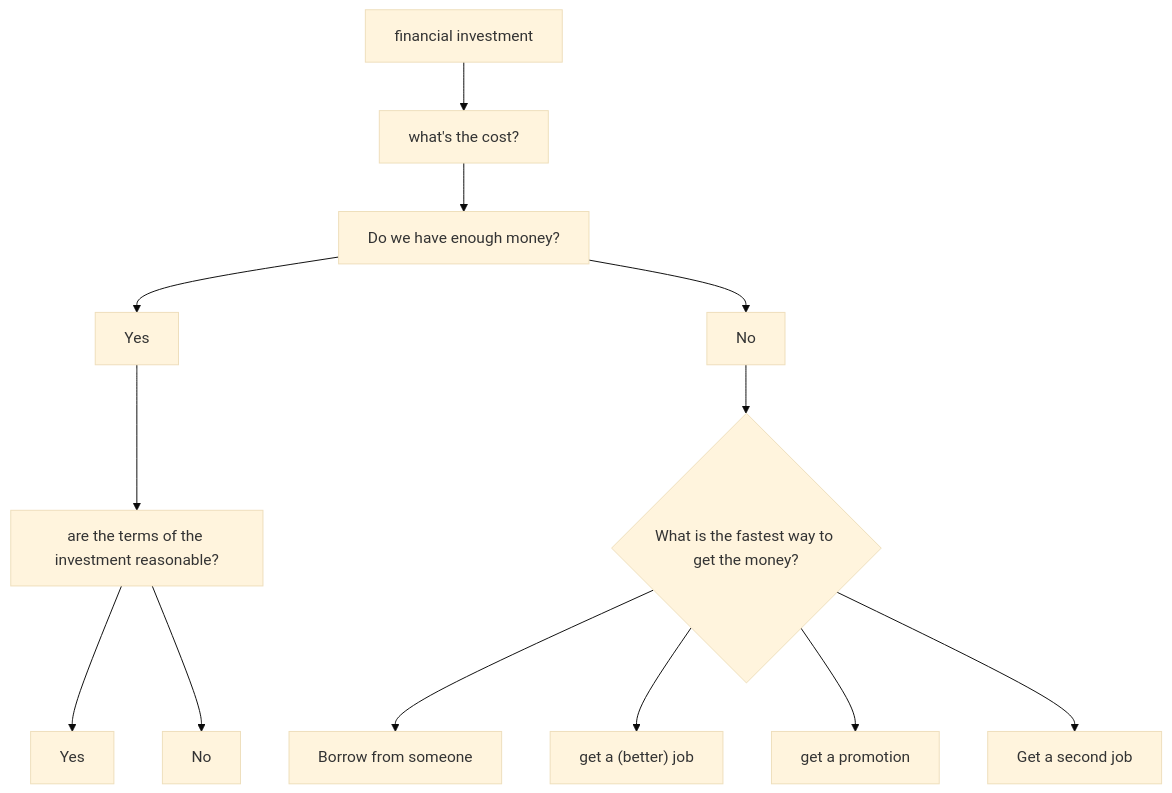
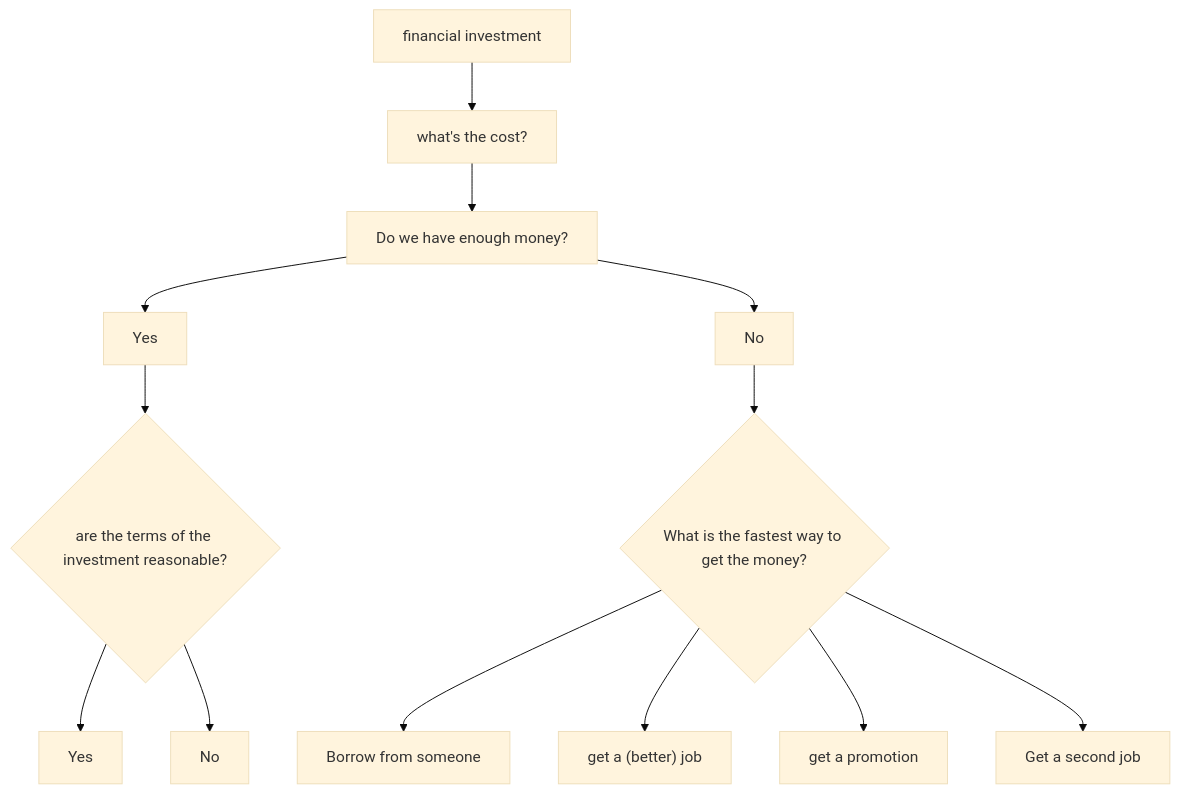
The diagram in diagrams/financial-investments.mmd (matkatmusic/relationship-mermaid), drawn with Mermaid (base theme) before and after one commit. The commit also changed 3 other files, not shown here.

```diff
--- a/diagrams/financial-investments.mmd
+++ b/diagrams/financial-investments.mmd
@@ -1,28 +1,28 @@
 flowchart TD
-  A[financial investment]
-  B[what's the cost?]
-  C[Do we have enough money?]
-  C_Y[Yes]
-  C_N[No]
-  NEED_MONEY_ROUTE{What is the fastest way to get the money?}
-E_BORROW[Borrow from someone]
-E_NEW_JOB["get a (better) job"]
-E_SECOND_JOB[Get a second job]
-E_JOB_PROMOTION[get a promotion]
-  ARE_TERMS_REASONABLE[are the terms of the investment reasonable?]
+  B_A[financial investment]
+  B_B[what's the cost?]
+  B_C[Do we have enough money?]
+  Q_CHOICE_C_Y[Yes]
+  Q_CHOICE_C_N[No]
+  Q_NEED_MONEY_ROUTE{What is the fastest way to get the money?}
+B_E_BORROW[Borrow from someone]
+B_E_NEW_JOB["get a (better) job"]
+B_E_SECOND_JOB[Get a second job]
+B_E_JOB_PROMOTION[get a promotion]
+  Q_ARE_TERMS_REASONABLE{are the terms of the investment reasonable?}
 
-ARE_TERMS_REASONABLE_Y[Yes]
-ARE_TERMS_REASONABLE_N[No]
+Q_CHOICE_ARE_TERMS_REASONABLE_Y[Yes]
+Q_CHOICE_ARE_TERMS_REASONABLE_N[No]
 
-A --> B --> C 
-C --> C_Y --> ARE_TERMS_REASONABLE
-C --> C_N --> NEED_MONEY_ROUTE
+B_A --> B_B --> B_C
+B_C --> Q_CHOICE_C_Y --> Q_ARE_TERMS_REASONABLE
+B_C --> Q_CHOICE_C_N --> Q_NEED_MONEY_ROUTE
 
-NEED_MONEY_ROUTE --> E_BORROW
-NEED_MONEY_ROUTE --> E_NEW_JOB
-NEED_MONEY_ROUTE --> E_JOB_PROMOTION
-NEED_MONEY_ROUTE --> E_SECOND_JOB
+Q_NEED_MONEY_ROUTE --> B_E_BORROW
+Q_NEED_MONEY_ROUTE --> B_E_NEW_JOB
+Q_NEED_MONEY_ROUTE --> B_E_JOB_PROMOTION
+Q_NEED_MONEY_ROUTE --> B_E_SECOND_JOB
 
-ARE_TERMS_REASONABLE --> ARE_TERMS_REASONABLE_Y
+Q_ARE_TERMS_REASONABLE --> Q_CHOICE_ARE_TERMS_REASONABLE_Y
 
-ARE_TERMS_REASONABLE --> ARE_TERMS_REASONABLE_N
+Q_ARE_TERMS_REASONABLE --> Q_CHOICE_ARE_TERMS_REASONABLE_N
```
